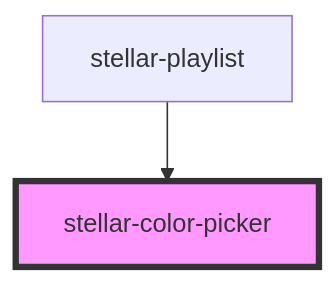
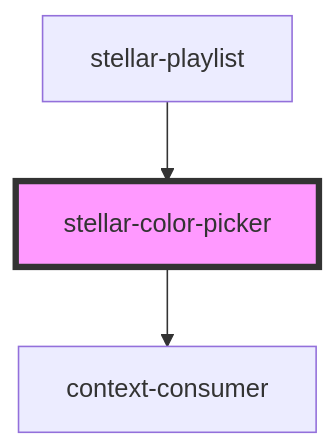
One commit to splitinfinities/Stellar changed the diagram in src/components/forms/color-picker/readme.md. Above: the diagram before and after it, drawn with Mermaid. The commit also changed other lines of this file and 44 other files, not shown here.

````diff
--- a/src/components/forms/color-picker/readme.md
+++ b/src/components/forms/color-picker/readme.md
@@ -30,5 +35,6 @@
 ```mermaid
 graph TD;
+  stellar-color-picker --> context-consumer
   stellar-playlist --> stellar-color-picker
   style stellar-color-picker fill:#f9f,stroke:#333,stroke-width:4px
 ```
````
